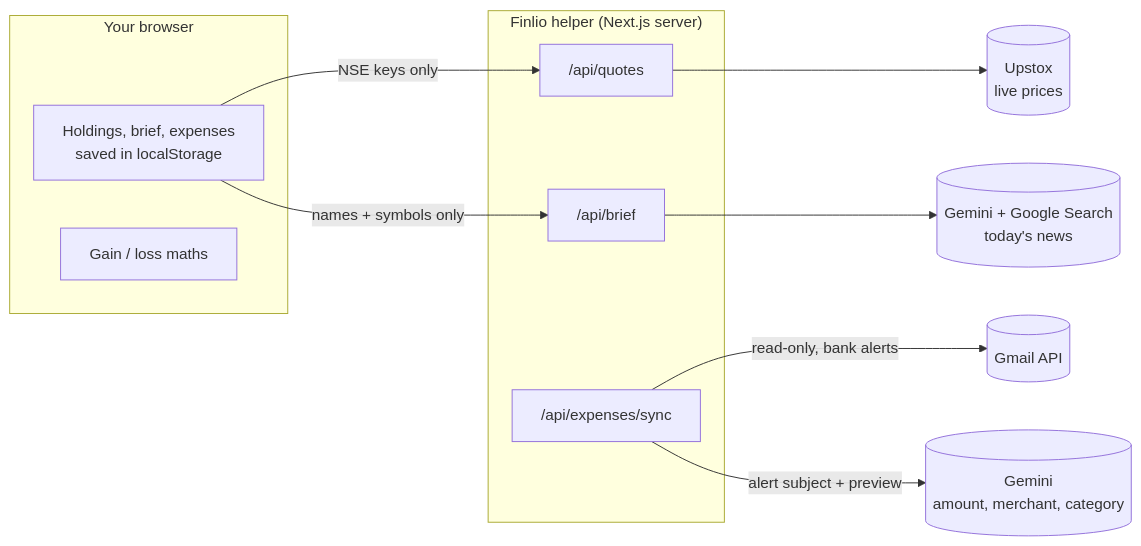
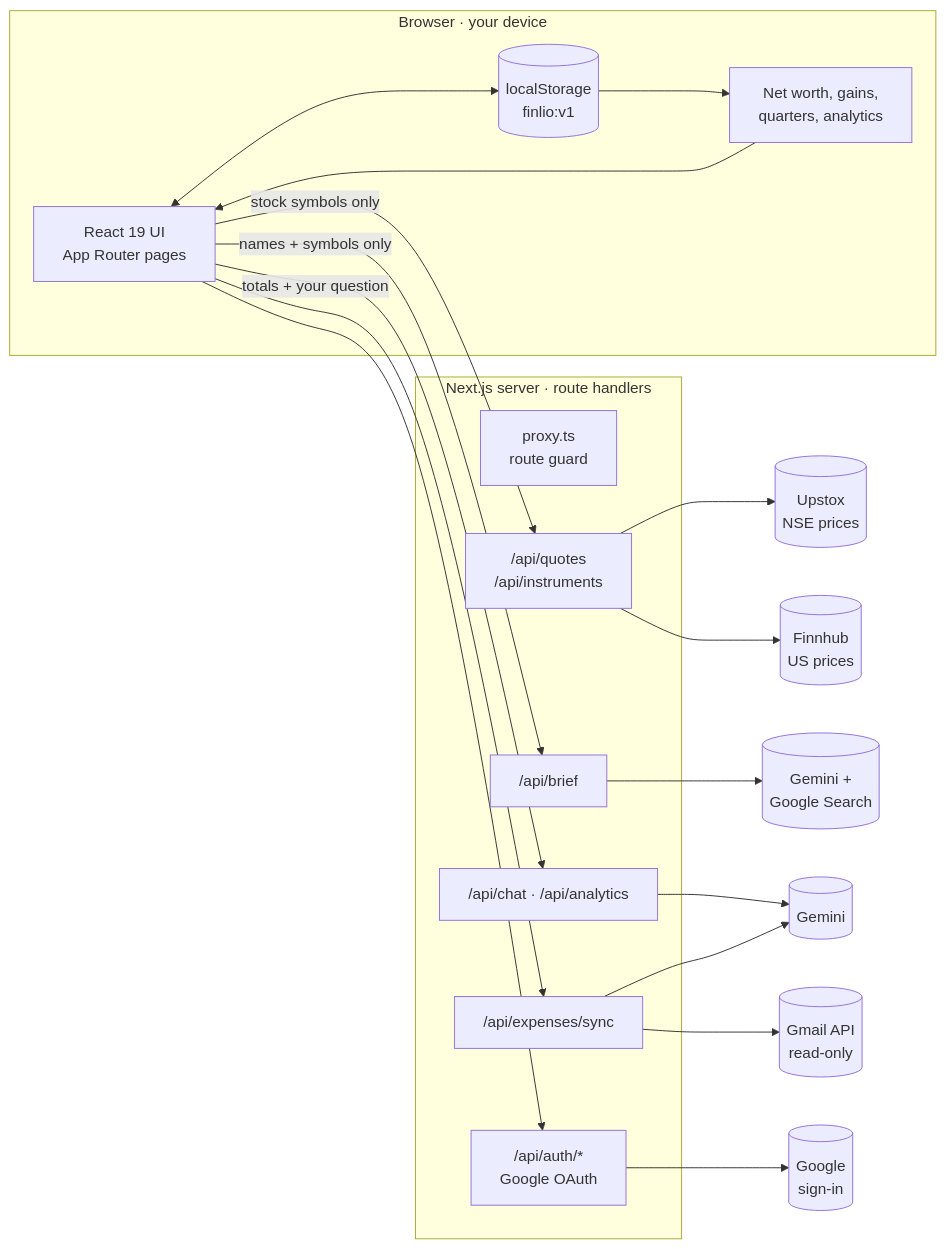
The first of 2 diagrams in README.md (Gokulakrishnxn/finlio), drawn with Mermaid before and after one commit. The commit also changed other lines of this file, not shown here.

First line of the commit message:
Rewrite the README with the system architecture and Devpost details

````diff
--- a/README.md
+++ b/README.md
@@ -37,16 +60,33 @@
 ```mermaid
 flowchart LR
-    subgraph Browser["Your browser"]
-      H[Holdings, brief, expenses<br/>saved in localStorage]
-      M[Gain / loss maths]
-    end
-    subgraph Helper["Finlio helper (Next.js server)"]
-      Q["/api/quotes"]
-      B["/api/brief"]
-      E["/api/expenses/sync"]
-    end
-    H -- "NSE keys only" --> Q --> U[(Upstox<br/>live prices)]
-    H -- "names + symbols only" --> B --> G[(Gemini + Google Search<br/>today's news)]
-    E -- "read-only, bank alerts" --> GM[(Gmail API)]
-    E -- "alert subject + preview" --> G2[(Gemini<br/>amount, merchant, category)]
+  subgraph Browser["Browser · your device"]
+    UI["React 19 UI<br/>App Router pages"]
+    Store[("localStorage<br/>finlio:v1")]
+    Maths["Net worth, gains,<br/>quarters, analytics"]
+    UI <--> Store
+    Store --> Maths --> UI
+  end
+
+  subgraph Server["Next.js server · route handlers"]
+    Proxy["proxy.ts<br/>route guard"]
+    Auth["/api/auth/*<br/>Google OAuth"]
+    Quotes["/api/quotes<br/>/api/instruments"]
+    Brief["/api/brief"]
+    Chat["/api/chat · /api/analytics"]
+    Sync["/api/expenses/sync"]
+  end
+
+  UI -- "stock symbols only" --> Quotes
+  UI -- "names + symbols only" --> Brief
+  UI -- "totals + your question" --> Chat
+  UI --> Sync
+  UI --> Auth
+
+  Quotes --> Upstox[("Upstox<br/>NSE prices")]
+  Quotes --> Finnhub[("Finnhub<br/>US prices")]
+  Brief --> GeminiS[("Gemini +<br/>Google Search")]
+  Chat --> Gemini[("Gemini")]
+  Sync --> Gmail[("Gmail API<br/>read-only")]
+  Sync --> Gemini
+  Auth --> Google[("Google<br/>sign-in")]
 ```
````
